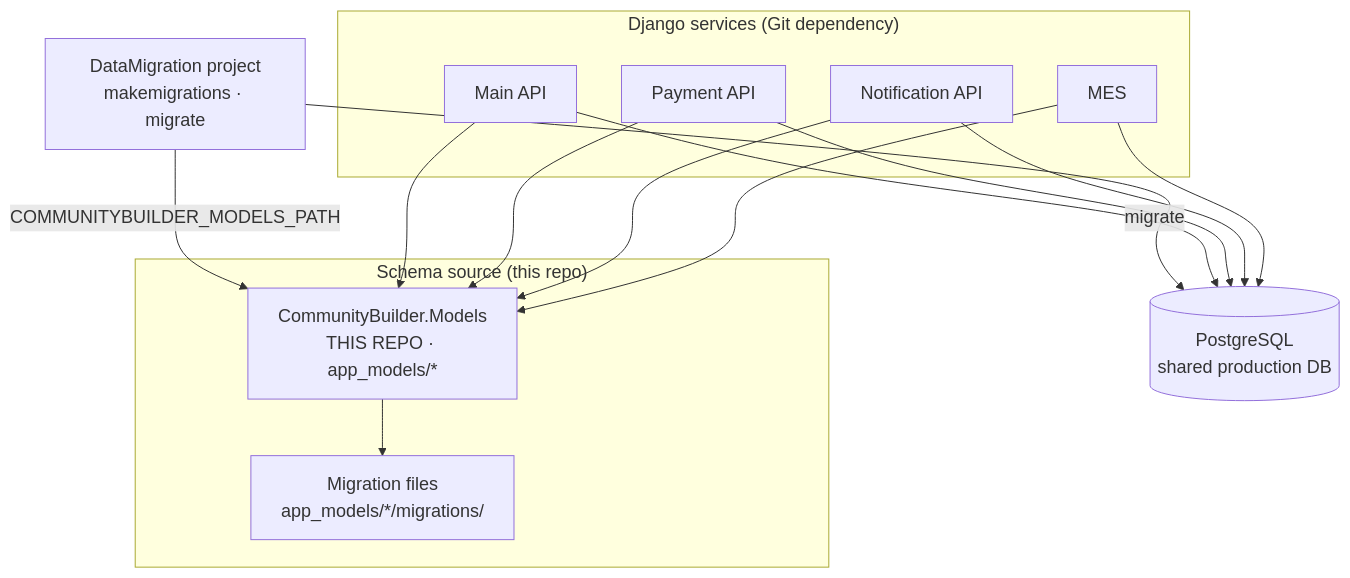
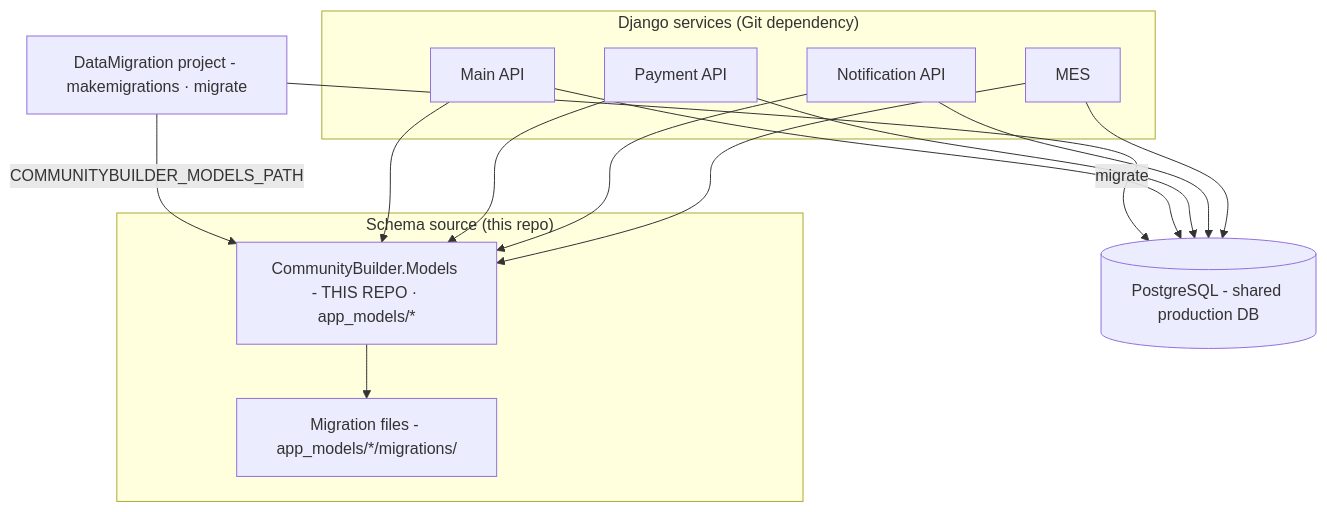
Before and after one commit to MyRockae/CommunityBuilder.Models: the diagram in README.md, drawn with Mermaid. The commit also changed other lines of this file, not shown here.

Commit message:
Fix Mermaid diagrams for GitHub rendering.
Remove unsupported init and click directives; simplify node labels so diagrams render on github.com.

````diff
--- a/README.md
+++ b/README.md
@@ -7,38 +7,30 @@
 ```mermaid
-%%{init: {'themeVariables': {'fontSize': '18px'}, 'flowchart': {'nodeSpacing': 45, 'rankSpacing': 55}}}%%
 flowchart TB
   subgraph schema ["Schema source (this repo)"]
-    modelsPkg["CommunityBuilder.Models<br/>THIS REPO · app_models/*"]
-    migFiles["Migration files<br/>app_models/*/migrations/"]
+    modelsPkg["CommunityBuilder.Models - THIS REPO · app_models/*"]
+    migFiles["Migration files - app_models/*/migrations/"]
     modelsPkg --> migFiles
   end
 
-  dataMig["DataMigration project<br/>makemigrations · migrate"]
+  dataMig["DataMigration project - makemigrations · migrate"]
 
   subgraph consumers ["Django services (Git dependency)"]
     mainApi["Main API"]
     payApi["Payment API"]
     notif["Notification API"]
     mes["MES"]
   end
 
-  db[("PostgreSQL<br/>shared production DB")]
+  db[("PostgreSQL - shared production DB")]
 
   dataMig -->|"COMMUNITYBUILDER_MODELS_PATH"| modelsPkg
   dataMig -->|"migrate"| db
   mainApi --> modelsPkg
   payApi --> modelsPkg
   notif --> modelsPkg
   mes --> modelsPkg
   mainApi --> db
   payApi --> db
   notif --> db
   mes --> db
-
-  click modelsPkg "https://github.com/MyRockae/CommunityBuilder.Models" _blank
-  click dataMig "https://github.com/MyRockae/CommunityBuilder.DataMigrations" _blank
-  click mainApi "https://github.com/MyRockae/CommunityBuilder.API" _blank
-  click payApi "https://github.com/MyRockae/CommunityBuilder.PaymentService" _blank
-  click notif "https://github.com/MyRockae/CommunityBuilder.NotificationService" _blank
-  click mes "https://github.com/MyRockae/CommunityBuilder.MES" _blank
 ```
````
